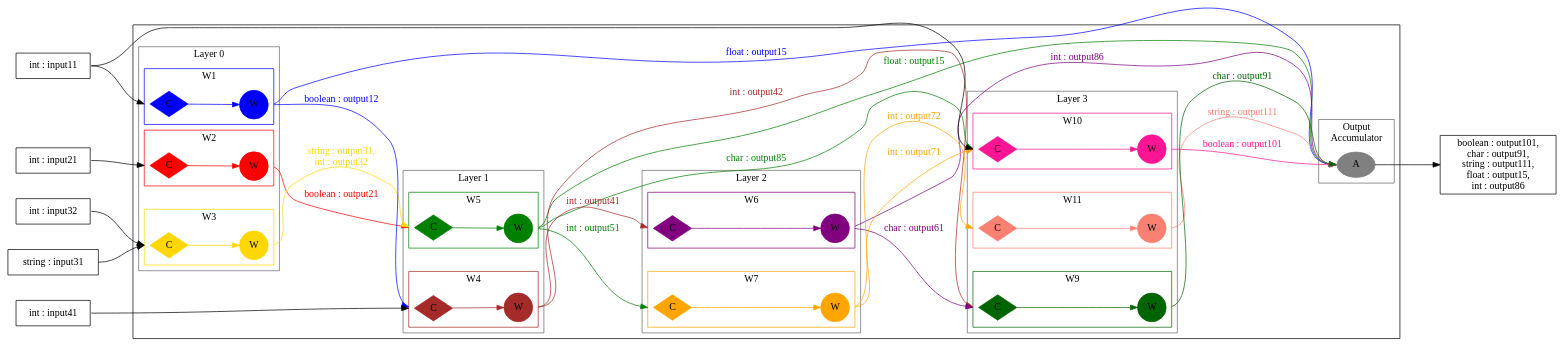
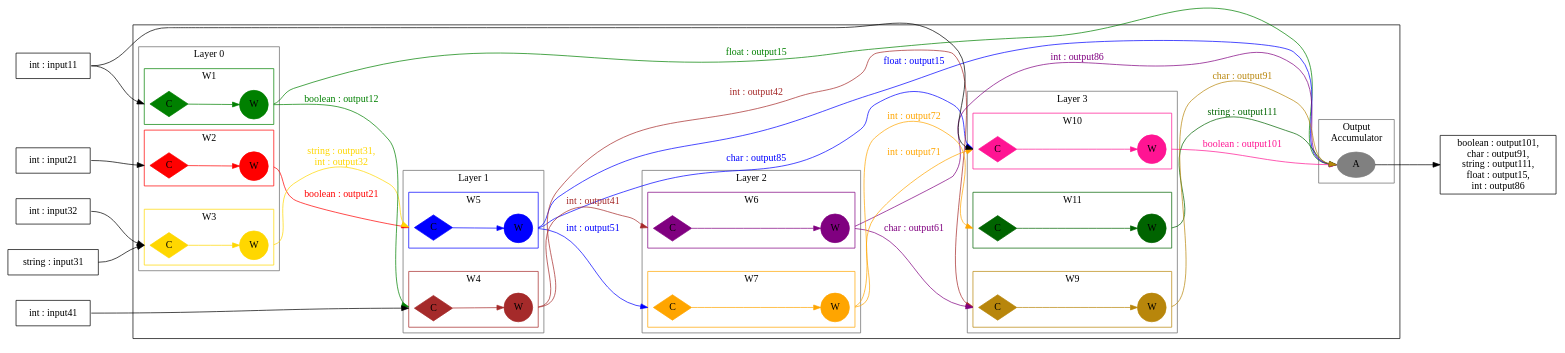
One commit to GIPSY-dev/ServiceCompositionRepo changed the diagram in testinput/translationtests/dottranslatortests/complexCSTranslation/expecteddot.dot. Above: the diagram before and after it, drawn with Graphviz. The commit also changed 8 other files, not shown here.

Commit message:
Added more colors, tests and comments for Dot graph generation

```diff
--- a/testinput/translationtests/dottranslatortests/complexCSTranslation/expecteddot.dot
+++ b/testinput/translationtests/dottranslatortests/complexCSTranslation/expecteddot.dot
@@ -1,184 +1,184 @@
 digraph CompSvc_965997724866851
 {
 	rankdir = LR;
 	nodesep = 0.5;
 	ranksep = 1;
 	edge [constraint = false];
 	compound = true;
 
 	subgraph clusterCS
 	{
 		subgraph cluster0
 		{
 			label = "Layer 0";
 			color = dimgray;
 
 			subgraph cluster00
 			{
 				label = "W2";
 				color = red;
 				c00 [label = "C", shape = diamond, style = filled, color = red, fillcolor = red];
 				w00 [label = "W", shape = circle, style = filled, color = red, fillcolor = red];
 			}
 
 			subgraph cluster01
 			{
 				label = "W3";
 				color = gold;
 				c01 [label = "C", shape = diamond, style = filled, color = gold, fillcolor = gold];
 				w01 [label = "W", shape = circle, style = filled, color = gold, fillcolor = gold];
 			}
 
 			subgraph cluster02
 			{
 				label = "W1";
-				color = blue;
-				c02 [label = "C", shape = diamond, style = filled, color = blue, fillcolor = blue];
-				w02 [label = "W", shape = circle, style = filled, color = blue, fillcolor = blue];
+				color = green;
+				c02 [label = "C", shape = diamond, style = filled, color = green, fillcolor = green];
+				w02 [label = "W", shape = circle, style = filled, color = green, fillcolor = green];
 			}
 
-			c00 -> w00[constraint = true, color = red];
-			c01 -> w01[constraint = true, color = gold];
-			c02 -> w02[constraint = true, color = blue];
+			c00 -> w00 [constraint = true, color = red];
+			c01 -> w01 [constraint = true, color = gold];
+			c02 -> w02 [constraint = true, color = green];
 			c02 -> c01 -> c00 [constraint = false, style = invis];
 			w02 -> w01 -> w00 [constraint = false, style = invis];
 		}
 
 		subgraph cluster1
 		{
 			label = "Layer 1";
 			color = dimgray;
 
 			subgraph cluster10
 			{
 				label = "W5";
-				color = green;
-				c10 [label = "C", shape = diamond, style = filled, color = green, fillcolor = green];
-				w10 [label = "W", shape = circle, style = filled, color = green, fillcolor = green];
+				color = blue;
+				c10 [label = "C", shape = diamond, style = filled, color = blue, fillcolor = blue];
+				w10 [label = "W", shape = circle, style = filled, color = blue, fillcolor = blue];
 			}
 
 			subgraph cluster11
 			{
 				label = "W4";
 				color = brown;
 				c11 [label = "C", shape = diamond, style = filled, color = brown, fillcolor = brown];
 				w11 [label = "W", shape = circle, style = filled, color = brown, fillcolor = brown];
 			}
 
-			c10 -> w10[constraint = true, color = green];
-			c11 -> w11[constraint = true, color = brown];
+			c10 -> w10 [constraint = true, color = blue];
+			c11 -> w11 [constraint = true, color = brown];
 			c11 -> c10 [constraint = false, style = invis];
 			w11 -> w10 [constraint = false, style = invis];
 		}
 
 		subgraph cluster2
 		{
 			label = "Layer 2";
 			color = dimgray;
 
 			subgraph cluster20
 			{
 				label = "W6";
 				color = purple;
 				c20 [label = "C", shape = diamond, style = filled, color = purple, fillcolor = purple];
 				w20 [label = "W", shape = circle, style = filled, color = purple, fillcolor = purple];
 			}
 
 			subgraph cluster21
 			{
 				label = "W7";
 				color = orange;
 				c21 [label = "C", shape = diamond, style = filled, color = orange, fillcolor = orange];
 				w21 [label = "W", shape = circle, style = filled, color = orange, fillcolor = orange];
 			}
 
-			c20 -> w20[constraint = true, color = purple];
-			c21 -> w21[constraint = true, color = orange];
+			c20 -> w20 [constraint = true, color = purple];
+			c21 -> w21 [constraint = true, color = orange];
 			c21 -> c20 [constraint = false, style = invis];
 			w21 -> w20 [constraint = false, style = invis];
 		}
 
 		subgraph cluster3
 		{
 			label = "Layer 3";
 			color = dimgray;
 
 			subgraph cluster30
 			{
 				label = "W10";
 				color = deeppink;
 				c30 [label = "C", shape = diamond, style = filled, color = deeppink, fillcolor = deeppink];
 				w30 [label = "W", shape = circle, style = filled, color = deeppink, fillcolor = deeppink];
 			}
 
 			subgraph cluster31
 			{
 				label = "W11";
-				color = salmon;
-				c31 [label = "C", shape = diamond, style = filled, color = salmon, fillcolor = salmon];
-				w31 [label = "W", shape = circle, style = filled, color = salmon, fillcolor = salmon];
+				color = darkgreen;
+				c31 [label = "C", shape = diamond, style = filled, color = darkgreen, fillcolor = darkgreen];
+				w31 [label = "W", shape = circle, style = filled, color = darkgreen, fillcolor = darkgreen];
 			}
 
 			subgraph cluster32
 			{
 				label = "W9";
-				color = darkgreen;
-				c32 [label = "C", shape = diamond, style = filled, color = darkgreen, fillcolor = darkgreen];
-				w32 [label = "W", shape = circle, style = filled, color = darkgreen, fillcolor = darkgreen];
+				color = darkgoldenrod;
+				c32 [label = "C", shape = diamond, style = filled, color = darkgoldenrod, fillcolor = darkgoldenrod];
+				w32 [label = "W", shape = circle, style = filled, color = darkgoldenrod, fillcolor = darkgoldenrod];
 			}
 
-			c30 -> w30[constraint = true, color = deeppink];
-			c31 -> w31[constraint = true, color = salmon];
-			c32 -> w32[constraint = true, color = darkgreen];
+			c30 -> w30 [constraint = true, color = deeppink];
+			c31 -> w31 [constraint = true, color = darkgreen];
+			c32 -> w32 [constraint = true, color = darkgoldenrod];
 			c32 -> c31 -> c30 [constraint = false, style = invis];
 			w32 -> w31 -> w30 [constraint = false, style = invis];
 		}
 
 		subgraph cluster4
 		{
 			label = "Output\nAccumulator";
 			color = dimgray;
 			a [label = "A", style = filled, color = gray, fillcolor = gray];
 		}
 
 		w00 -> c10 [ltail = cluster00, lhead = cluster10, constraint = true, style = invis];
 		w10 -> c20 [ltail = cluster10, lhead = cluster20, constraint = true, style = invis];
 		w20 -> c30 [ltail = cluster20, lhead = cluster30, constraint = true, style = invis];
 		w30 -> a [ltail = cluster30, constraint = true,  style = invis];
 
 		w00:e -> c10:w [ltail = cluster00, lhead = cluster10, label = "boolean : output21", color = red, fontcolor = red];
 		w01:e -> c10:w [ltail = cluster01, lhead = cluster10, label = "string : output31,\nint : output32", color = gold, fontcolor = gold];
-		w02:e -> c11:w [ltail = cluster02, lhead = cluster11, label = "boolean : output12", color = blue, fontcolor = blue];
-		w10:e -> c21:w [ltail = cluster10, lhead = cluster21, label = "int : output51", color = green, fontcolor = green];
-		w10:e -> c30:w [ltail = cluster10, lhead = cluster30, label = "char : output85", color = green, fontcolor = green];
+		w02:e -> c11:w [ltail = cluster02, lhead = cluster11, label = "boolean : output12", color = green, fontcolor = green];
+		w10:e -> c21:w [ltail = cluster10, lhead = cluster21, label = "int : output51", color = blue, fontcolor = blue];
+		w10:e -> c30:w [ltail = cluster10, lhead = cluster30, label = "char : output85", color = blue, fontcolor = blue];
 		w11:e -> c20:w [ltail = cluster11, lhead = cluster20, label = "int : output41", color = brown, fontcolor = brown];
 		w11:e -> c32:w [ltail = cluster11, lhead = cluster32, label = "int : output42", color = brown, fontcolor = brown];
 		w20:e -> c32:w [ltail = cluster20, lhead = cluster32, label = "char : output61", color = purple, fontcolor = purple];
 		w21:e -> c30:w [ltail = cluster21, lhead = cluster30, label = "int : output71", color = orange, fontcolor = orange];
 		w21:e -> c31:w [ltail = cluster21, lhead = cluster31, label = "int : output72", color = orange, fontcolor = orange];
-		w02:e -> a:w [ltail = cluster02, label = "float : output15", color = blue, fontcolor = blue];
-		w10:e -> a:w [ltail = cluster10, label = "float : output15", color = green, fontcolor = green];
+		w02:e -> a:w [ltail = cluster02, label = "float : output15", color = green, fontcolor = green];
+		w10:e -> a:w [ltail = cluster10, label = "float : output15", color = blue, fontcolor = blue];
 		w20:e -> a:w [ltail = cluster20, label = "int : output86", color = purple, fontcolor = purple];
 		w30:e -> a:w [ltail = cluster30, label = "boolean : output101", color = deeppink, fontcolor = deeppink];
-		w31:e -> a:w [ltail = cluster31, label = "string : output111", color = salmon, fontcolor = salmon];
-		w32:e -> a:w [ltail = cluster32, label = "char : output91", color = darkgreen, fontcolor = darkgreen];
+		w31:e -> a:w [ltail = cluster31, label = "string : output111", color = darkgreen, fontcolor = darkgreen];
+		w32:e -> a:w [ltail = cluster32, label = "char : output91", color = darkgoldenrod, fontcolor = darkgoldenrod];
 	}
 
 	{
 		rank = same;
 		input0 [shape = rectangle, label = "string : input31"];
 		input1 [shape = rectangle, label = "int : input41"];
 		input2 [shape = rectangle, label = "int : input11"];
 		input3 [shape = rectangle, label = "int : input21"];
 		input4 [shape = rectangle, label = "int : input32"];
 	}
 	input3:e -> c00:w [lhead = cluster00, constraint = true];
 	input0:e -> c01:w [lhead = cluster01, constraint = true];
 	input4:e -> c01:w [lhead = cluster01, constraint = true];
 	input2:e -> c02:w [lhead = cluster02, constraint = true];
 	input1:e -> c11:w [lhead = cluster11, constraint = true];
 	input2:e -> c30:w [lhead = cluster30, constraint = true];
 
 	csoutput [shape = rectangle, label = "boolean : output101,\nchar : output91,\nstring : output111,\nfloat : output15,\nint : output86"];
 	a -> csoutput [constraint = true];
 }
```
